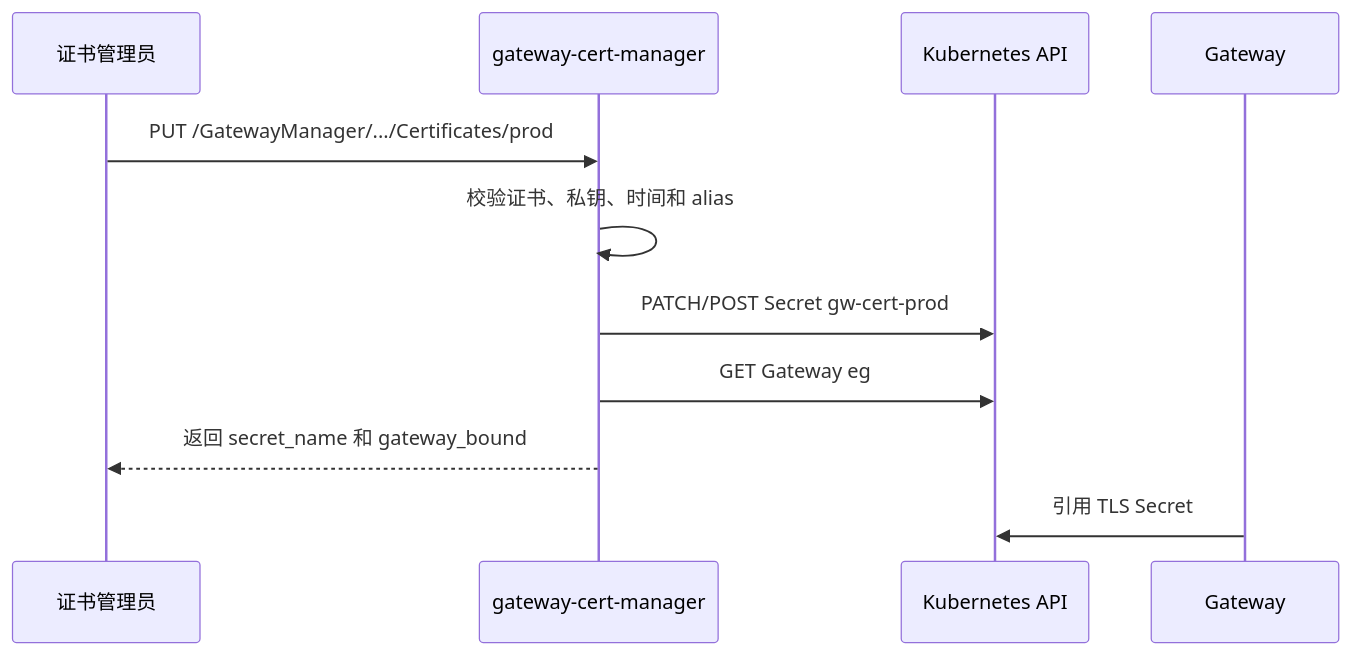
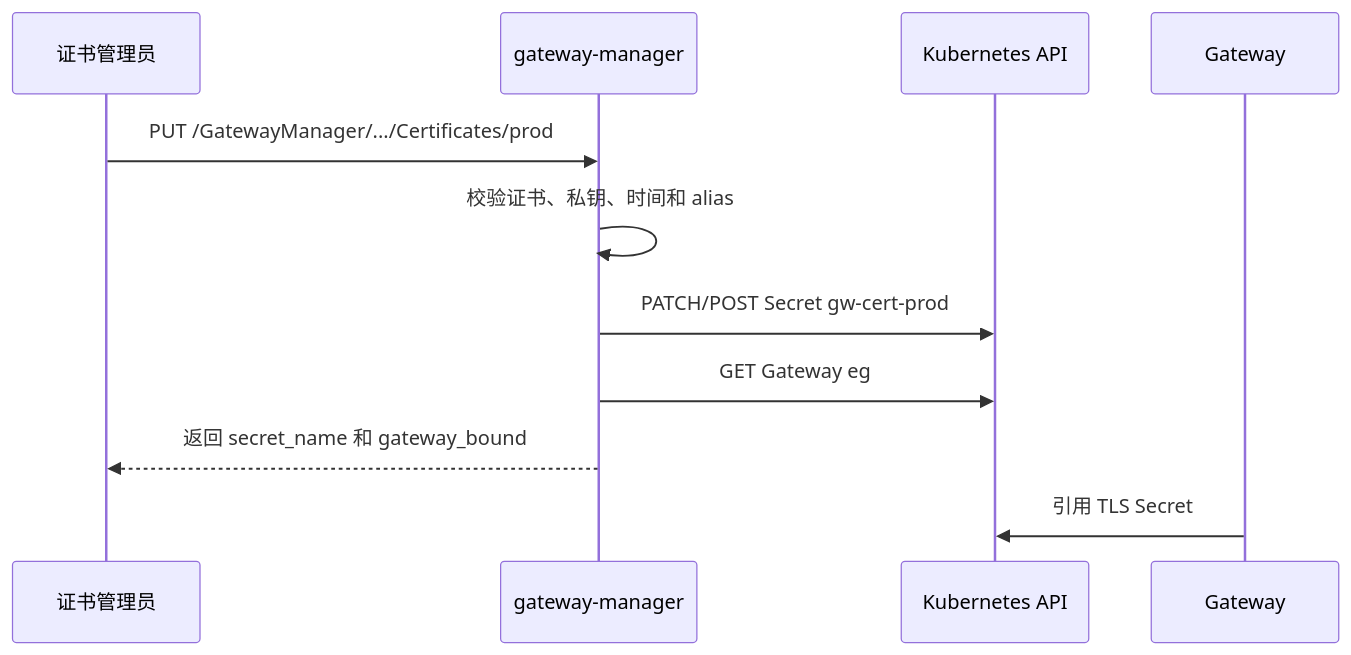
Before and after one commit to xiewanchao/aidp-iam: the second of 2 diagrams in open-source-introduction-materials/story-one-click-deployment-cert-observability.md, drawn with Mermaid. The commit also changed other lines of this file and 27 other files, not shown here.

Commit message:
feat: add gateway manager log collection

````diff
--- a/open-source-introduction-materials/story-one-click-deployment-cert-observability.md
+++ b/open-source-introduction-materials/story-one-click-deployment-cert-observability.md
@@ -117,14 +117,14 @@
 ```mermaid
 sequenceDiagram
     participant Admin as 证书管理员
-    participant CM as gateway-cert-manager
+    participant CM as gateway-manager
     participant K8s as Kubernetes API
     participant GW as Gateway
 
     Admin->>CM: PUT /GatewayManager/.../Certificates/prod
     CM->>CM: 校验证书、私钥、时间和 alias
     CM->>K8s: PATCH/POST Secret gw-cert-prod
     CM->>K8s: GET Gateway eg
     CM-->>Admin: 返回 secret_name 和 gateway_bound
     GW->>K8s: 引用 TLS Secret
 ```
````
